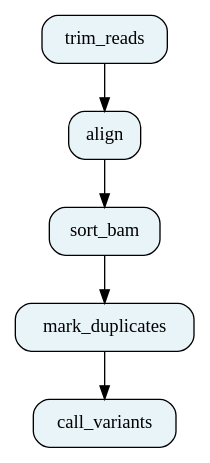
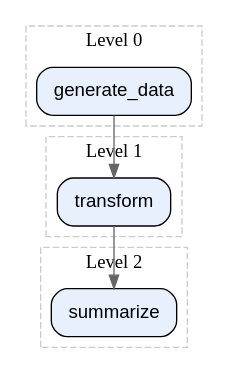
One commit to Traitome/oxo-flow changed the second of 2 diagrams in docs/guide/src/commands/graph.md. Above: the diagram before and after it, drawn with Graphviz. The commit also changed other lines of this file and 66 other files, not shown here.

````diff
--- a/docs/guide/src/commands/graph.md
+++ b/docs/guide/src/commands/graph.md
@@ -89,10 +140,31 @@
 ```dot
 digraph workflow {
-    rankdir = TB;
-    node [shape=box, style="rounded,filled", fillcolor="#e8f4f8"];
-    "trim_reads" -> "align";
-    "align" -> "sort_bam";
-    "sort_bam" -> "mark_duplicates";
-    "mark_duplicates" -> "call_variants";
+  rankdir=TB;
+  node [shape=box, style="rounded,filled", fillcolor="#e8f0fe", fontname="Helvetica"];
+  edge [color="#666666"];
+
+  subgraph cluster_0 {
+    label = "Level 0";
+    style = dashed;
+    color = "#cccccc";
+    "generate_data";
+  }
+
+  subgraph cluster_1 {
+    label = "Level 1";
+    style = dashed;
+    color = "#cccccc";
+    "transform";
+  }
+
+  subgraph cluster_2 {
+    label = "Level 2";
+    style = dashed;
+    color = "#cccccc";
+    "summarize";
+  }
+
+  "generate_data" -> "transform";
+  "transform" -> "summarize";
 }
 ```
````
